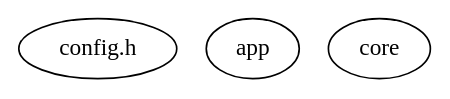
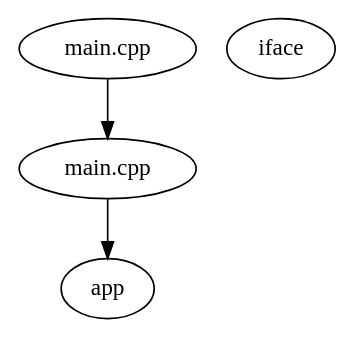
Before and after one commit to pt9912/cmake-xray: the diagram in docs/examples/impact-report-targets.dot, drawn with Graphviz. The commit also changed 12 other files, not shown here.

```diff
--- a/docs/examples/impact-report-targets.dot
+++ b/docs/examples/impact-report-targets.dot
@@ -1,13 +1,16 @@
 digraph cmake_xray_impact {
   xray_report_type="impact";
   format_version=5;
   graph_node_limit=100;
   graph_edge_limit=200;
   graph_truncated=false;
   graph_target_graph_status="loaded";
   graph_impact_target_depth_requested=2;
   graph_impact_target_depth_effective=0;
-  changed_file [kind="changed_file", label="config.h", path="include/common/config.h"];
-  target_1 [kind="target", label="app", name="app", type="EXECUTABLE", unique_key="app::EXECUTABLE"];
-  target_2 [kind="target", label="core", name="core", type="STATIC_LIBRARY", unique_key="core::STATIC_LIBRARY"];
+  changed_file [kind="changed_file", label="main.cpp", path="/project/src/main.cpp"];
+  direct_tu_1 [kind="translation_unit", impact="direct", label="main.cpp", path="/project/src/main.cpp", directory="/project/build", unique_key="HOSTPATH"];
+  target_1 [kind="target", impact="direct", priority_class="direct", graph_distance=0, evidence_strength="direct", label="app", name="app", type="EXECUTABLE", unique_key="app::EXECUTABLE"];
+  target_2 [kind="target", label="iface", name="iface", type="INTERFACE_LIBRARY", unique_key="iface::INTERFACE_LIBRARY"];
+  changed_file -> direct_tu_1 [kind="changed_file_direct_tu", style="solid"];
+  direct_tu_1 -> target_1 [kind="direct_tu_target", style="solid"];
 }
```
